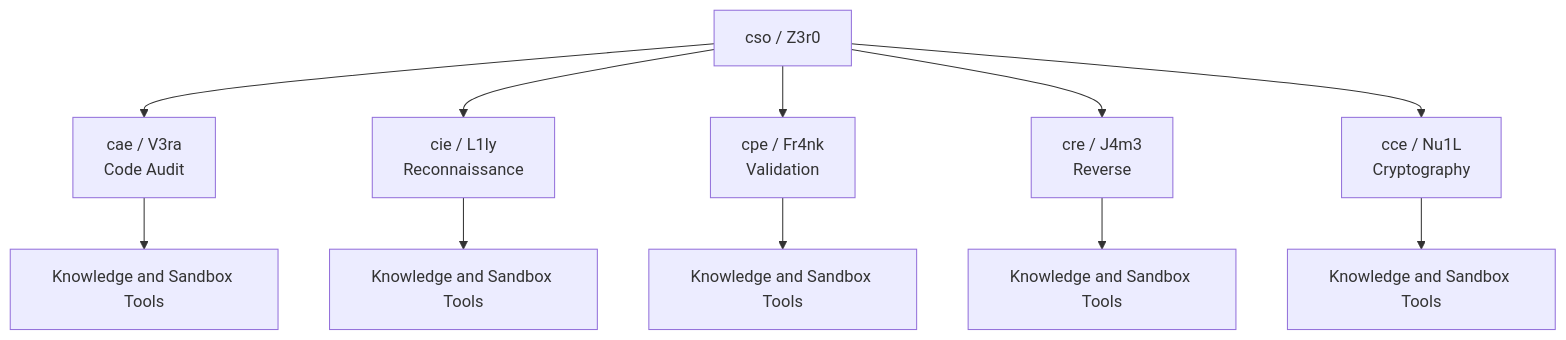
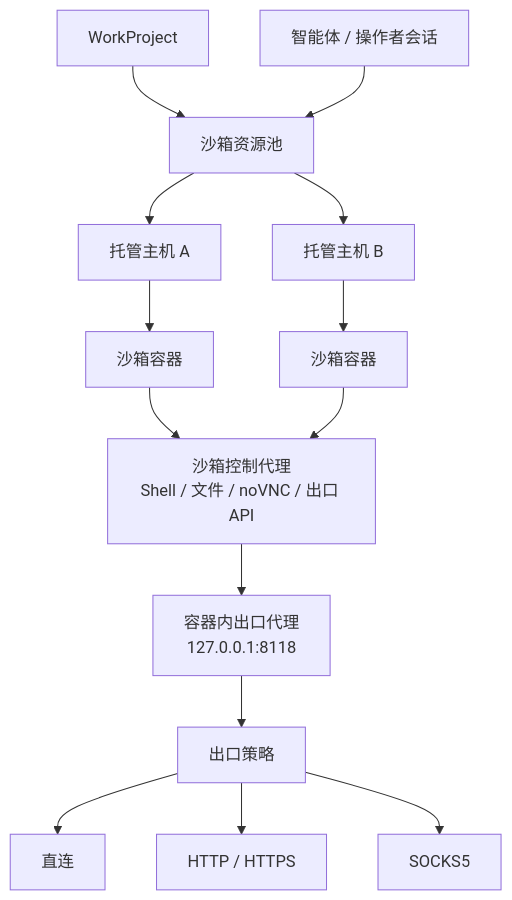
One commit to MolTau9527/Z3r0 changed the fourth of 4 diagrams in README_zh.md. Above: the diagram before and after it, drawn with Mermaid. The commit also changed other lines of this file and 38 other files, not shown here.

````diff
--- a/README_zh.md
+++ b/README_zh.md
@@ -109,15 +172,26 @@
 ```mermaid
 flowchart TB
-  CSO["cso / Z3r0"]
-  CSO --> CAE["cae / V3ra<br/>Code Audit"]
-  CSO --> CIE["cie / L1ly<br/>Reconnaissance"]
-  CSO --> CPE["cpe / Fr4nk<br/>Validation"]
-  CSO --> CRE["cre / J4m3<br/>Reverse"]
-  CSO --> CCE["cce / Nu1L<br/>Cryptography"]
+  Project["WorkProject"]
+  Runtime["智能体 / 操作者会话"]
+  Pool["沙箱资源池"]
+  HostA["托管主机 A"]
+  HostB["托管主机 B"]
+  ContainerA["沙箱容器"]
+  ContainerB["沙箱容器"]
+  Control["沙箱控制代理<br/>Shell / 文件 / noVNC / 出口 API"]
+  LocalProxy["容器内出口代理<br/>127.0.0.1:8118"]
+  Policy["出口策略"]
+  Direct["直连"]
+  HTTP["HTTP / HTTPS"]
+  SOCKS["SOCKS5"]
 
-  CAE --> A1["Knowledge and Sandbox Tools"]
-  CIE --> K1["Knowledge and Sandbox Tools"]
-  CPE --> S1["Knowledge and Sandbox Tools"]
-  CRE --> S2["Knowledge and Sandbox Tools"]
-  CCE --> S3["Knowledge and Sandbox Tools"]
+  Project --> Pool
+  Runtime --> Pool
+  Pool --> HostA --> ContainerA
+  Pool --> HostB --> ContainerB
+  ContainerA --> Control --> LocalProxy --> Policy
+  ContainerB --> Control
+  Policy --> Direct
+  Policy --> HTTP
+  Policy --> SOCKS
 ```
````
